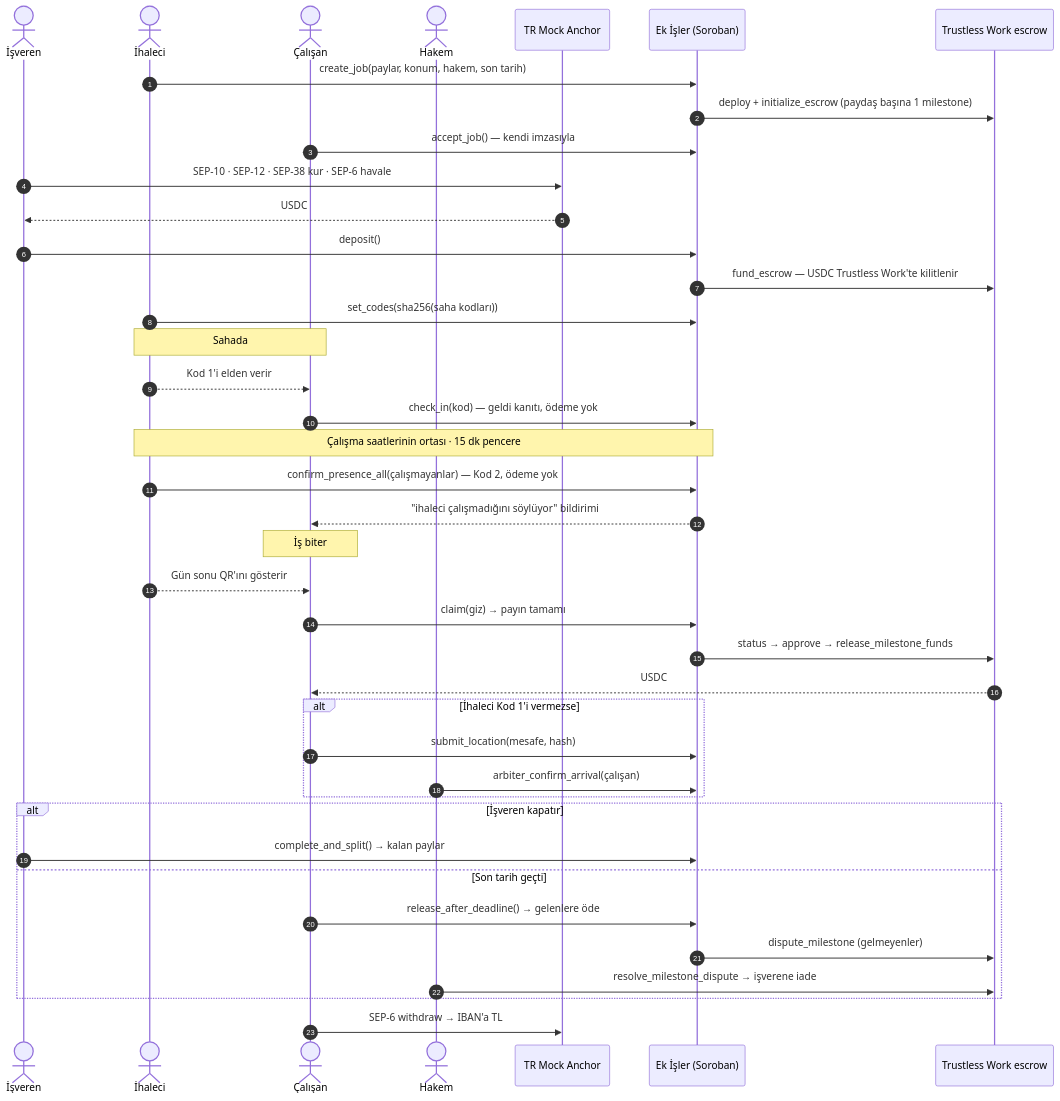
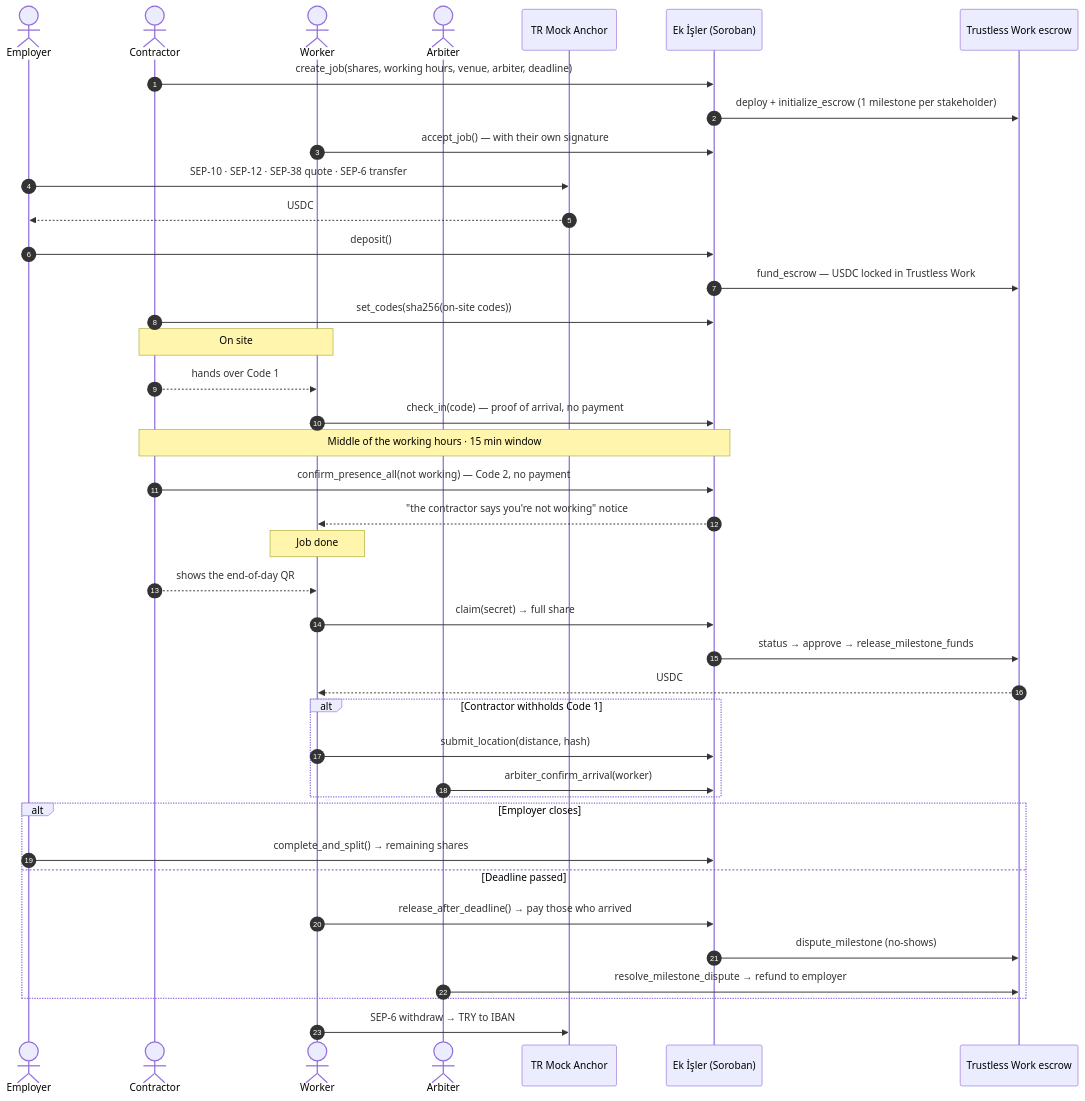
One commit to altunbaymirac/Ek-isler-stellar-hackathon changed the first of 2 diagrams in README.md. Above: the diagram before and after it, drawn with Mermaid. The commit also changed other lines of this file, not shown here.

Commit message:
README: İngilizce bölüm eklendi; kontrat adresi, test sayısı, işlem tablosu ve milestone modeli güncellendi

````diff
--- a/README.md
+++ b/README.md
@@ -73,46 +84,46 @@
 ```mermaid
 sequenceDiagram
     autonumber
-    actor C as İşveren
-    actor K as İhaleci
-    actor W as Çalışan
-    actor H as Hakem
+    actor C as Employer
+    actor K as Contractor
+    actor W as Worker
+    actor H as Arbiter
     participant A as TR Mock Anchor
     participant SC as Ek İşler (Soroban)
     participant TW as Trustless Work escrow
 
-    K->>SC: create_job(paylar, konum, hakem, son tarih)
-    SC->>TW: deploy + initialize_escrow (paydaş başına 1 milestone)
-    W->>SC: accept_job() — kendi imzasıyla
-    C->>A: SEP-10 · SEP-12 · SEP-38 kur · SEP-6 havale
+    K->>SC: create_job(shares, working hours, venue, arbiter, deadline)
+    SC->>TW: deploy + initialize_escrow (1 milestone per stakeholder)
+    W->>SC: accept_job() — with their own signature
+    C->>A: SEP-10 · SEP-12 · SEP-38 quote · SEP-6 transfer
     A-->>C: USDC
     C->>SC: deposit()
-    SC->>TW: fund_escrow — USDC Trustless Work'te kilitlenir
-    K->>SC: set_codes(sha256(saha kodları))
+    SC->>TW: fund_escrow — USDC locked in Trustless Work
+    K->>SC: set_codes(sha256(on-site codes))
 
-    Note over K,W: Sahada
-    K-->>W: Kod 1'i elden verir
-    W->>SC: check_in(kod) — geldi kanıtı, ödeme yok
-    Note over K,SC: Çalışma saatlerinin ortası · 15 dk pencere
-    K->>SC: confirm_presence_all(çalışmayanlar) — Kod 2, ödeme yok
-    SC-->>W: "ihaleci çalışmadığını söylüyor" bildirimi
-    Note over W: İş biter
-    K-->>W: Gün sonu QR'ını gösterir
-    W->>SC: claim(giz) → payın tamamı
+    Note over K,W: On site
+    K-->>W: hands over Code 1
+    W->>SC: check_in(code) — proof of arrival, no payment
+    Note over K,SC: Middle of the working hours · 15 min window
+    K->>SC: confirm_presence_all(not working) — Code 2, no payment
+    SC-->>W: "the contractor says you're not working" notice
+    Note over W: Job done
+    K-->>W: shows the end-of-day QR
+    W->>SC: claim(secret) → full share
     SC->>TW: status → approve → release_milestone_funds
     TW-->>W: USDC
 
-    alt İhaleci Kod 1'i vermezse
-        W->>SC: submit_location(mesafe, hash)
-        H->>SC: arbiter_confirm_arrival(çalışan)
+    alt Contractor withholds Code 1
+        W->>SC: submit_location(distance, hash)
+        H->>SC: arbiter_confirm_arrival(worker)
     end
 
-    alt İşveren kapatır
-        C->>SC: complete_and_split() → kalan paylar
-    else Son tarih geçti
-        W->>SC: release_after_deadline() → gelenlere öde
-        SC->>TW: dispute_milestone (gelmeyenler)
-        H->>TW: resolve_milestone_dispute → işverene iade
+    alt Employer closes
+        C->>SC: complete_and_split() → remaining shares
+    else Deadline passed
+        W->>SC: release_after_deadline() → pay those who arrived
+        SC->>TW: dispute_milestone (no-shows)
+        H->>TW: resolve_milestone_dispute → refund to employer
     end
-    W->>A: SEP-6 withdraw → IBAN'a TL
+    W->>A: SEP-6 withdraw → TRY to IBAN
 ```
````
